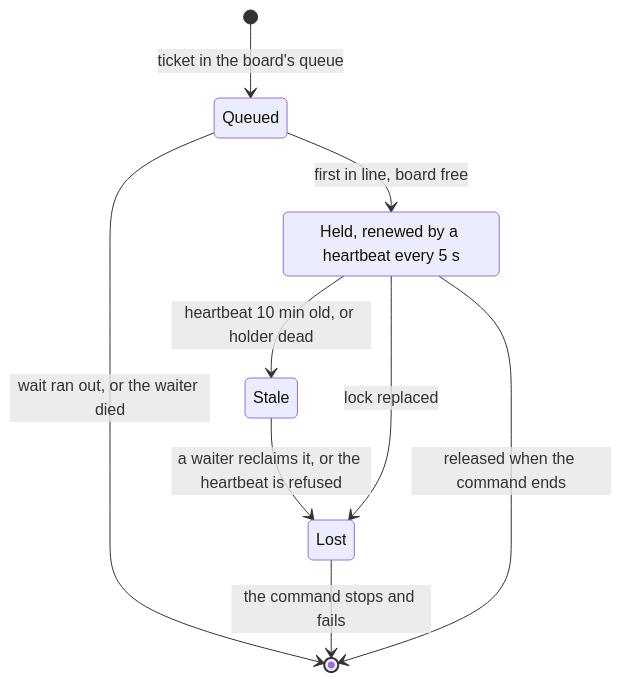
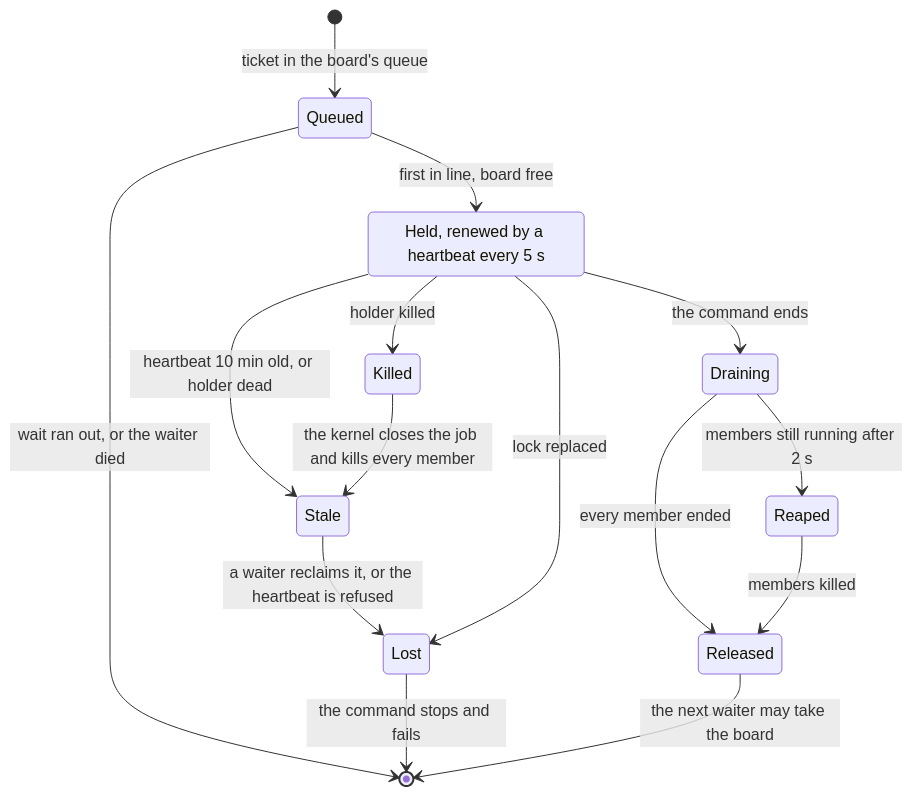
Before and after one commit to jose-villegas/autana: the second of 2 diagrams in docs/tools/Device-Lock.md, drawn with Mermaid. The commit also changed other lines of this file and 8 other files, not shown here.

````diff
--- a/docs/tools/Device-Lock.md
+++ b/docs/tools/Device-Lock.md
@@ -182,12 +184,18 @@
 ```mermaid
 stateDiagram-v2
     state "Held, renewed by a heartbeat every 5 s" as Held
     [*] --> Queued: ticket in the board's queue
     Queued --> Held: first in line, board free
     Queued --> [*]: wait ran out, or the waiter died
     Held --> Stale: heartbeat 10 min old, or holder dead
     Stale --> Lost: a waiter reclaims it, or the heartbeat is refused
     Held --> Lost: lock replaced
     Lost --> [*]: the command stops and fails
-    Held --> [*]: released when the command ends
+    Held --> Draining: the command ends
+    Draining --> Reaped: members still running after 2 s
+    Draining --> Released: every member ended
+    Reaped --> Released: members killed
+    Released --> [*]: the next waiter may take the board
+    Held --> Killed: holder killed
+    Killed --> Stale: the kernel closes the job and kills every member
 ```
````
